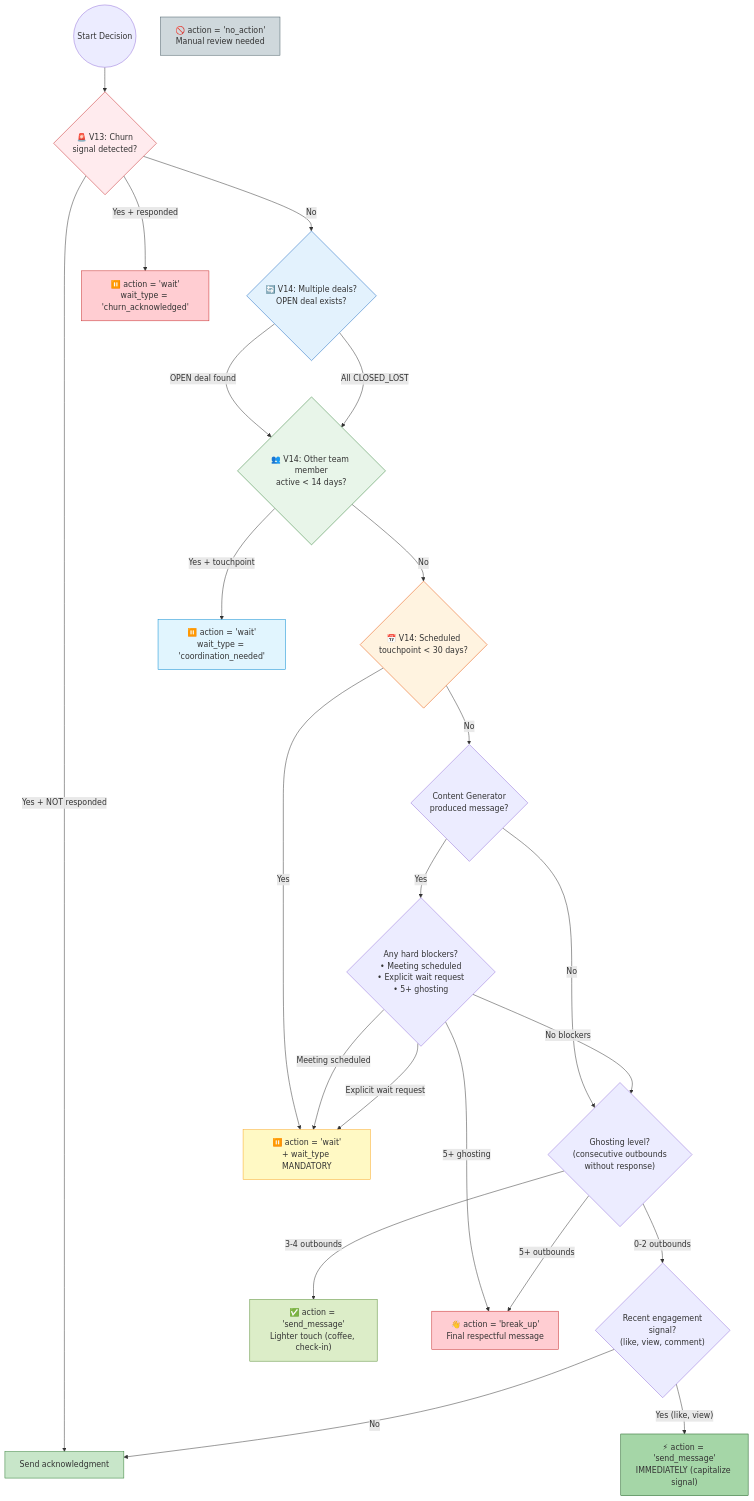
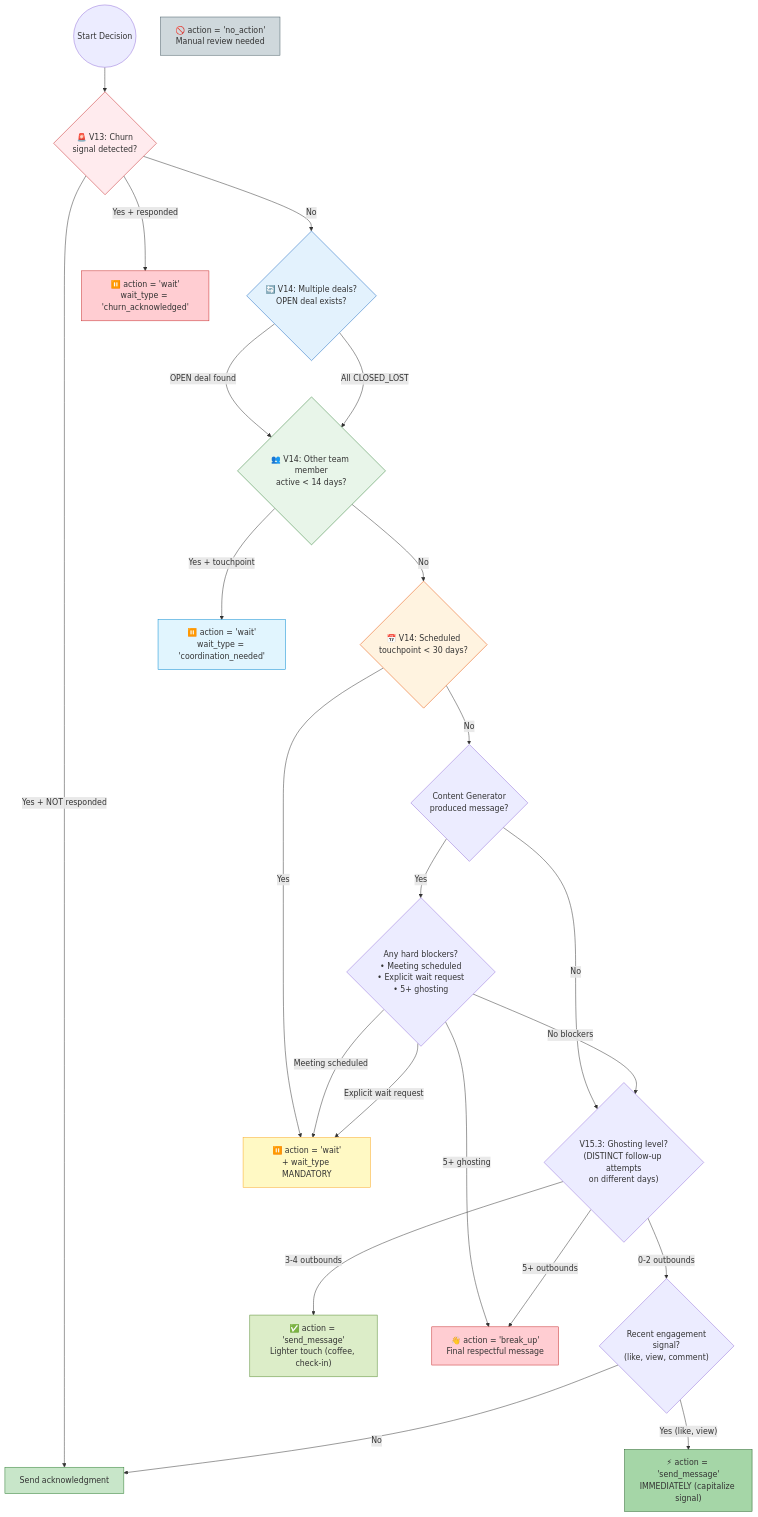
One commit to damianstetsonair/sales-n8n-ia changed diagram 15 of 17 in WORKFLOW-DIAGRAM.md. Above: the diagram before and after it, drawn with Mermaid. The commit also changed other lines of this file and 1 other file, not shown here.

Commit message:
Update README and workflow diagrams for V15.5

````diff
--- a/WORKFLOW-DIAGRAM.md
+++ b/WORKFLOW-DIAGRAM.md
@@ -1064,74 +1066,74 @@
 ```mermaid
 flowchart TB
     START((Start Decision))
 
-    %% V13/V14 Pre-checks
+    %% V13/V14/V15 Pre-checks
     CHECK_CHURN{"🚨 V13: Churn<br/>signal detected?"}
     CHECK_MULTIDEAL{"🔄 V14: Multiple deals?<br/>OPEN deal exists?"}
     CHECK_MULTIOWNER{"👥 V14: Other team member<br/>active < 14 days?"}
     CHECK_TOUCHPOINT{"📅 V14: Scheduled<br/>touchpoint < 30 days?"}
 
     %% Original gates
     CHECK_CONTENT{"Content Generator<br/>produced message?"}
     CHECK_BLOCKERS{"Any hard blockers?<br/>• Meeting scheduled<br/>• Explicit wait request<br/>• 5+ ghosting"}
-    CHECK_GHOST{"Ghosting level?<br/>(consecutive outbounds<br/>without response)"}
+    CHECK_GHOST{"V15.3: Ghosting level?<br/>(DISTINCT follow-up attempts<br/>on different days)"}
     CHECK_ENGAGE{"Recent engagement<br/>signal?<br/>(like, view, comment)"}
 
     %% Actions
     SEND["✅ action = 'send_message'<br/>Use Content Generator message exactly"]
     SEND_LIGHT["✅ action = 'send_message'<br/>Lighter touch (coffee, check-in)"]
     SEND_NOW["⚡ action = 'send_message'<br/>IMMEDIATELY (capitalize signal)"]
     WAIT["⏸️ action = 'wait'<br/>+ wait_type MANDATORY"]
     WAIT_CHURN["⏸️ action = 'wait'<br/>wait_type = 'churn_acknowledged'"]
     WAIT_COORD["⏸️ action = 'wait'<br/>wait_type = 'coordination_needed'"]
     BREAKUP["👋 action = 'break_up'<br/>Final respectful message"]
     NOACTION["🚫 action = 'no_action'<br/>Manual review needed"]
 
     START --> CHECK_CHURN
 
     %% V13 Churn check
     CHECK_CHURN -->|"Yes + responded"| WAIT_CHURN
     CHECK_CHURN -->|"Yes + NOT responded"| SEND["Send acknowledgment"]
     CHECK_CHURN -->|"No"| CHECK_MULTIDEAL
 
     %% V14 Multi-deal check
     CHECK_MULTIDEAL -->|"OPEN deal found"| CHECK_MULTIOWNER
     CHECK_MULTIDEAL -->|"All CLOSED_LOST"| CHECK_MULTIOWNER
 
     %% V14 Multi-owner check
     CHECK_MULTIOWNER -->|"Yes + touchpoint"| WAIT_COORD
     CHECK_MULTIOWNER -->|"No"| CHECK_TOUCHPOINT
 
     %% V14 Scheduled touchpoint check
     CHECK_TOUCHPOINT -->|"Yes"| WAIT
     CHECK_TOUCHPOINT -->|"No"| CHECK_CONTENT
 
     CHECK_CONTENT -->|"No"| CHECK_GHOST
     CHECK_CONTENT -->|"Yes"| CHECK_BLOCKERS
 
     CHECK_BLOCKERS -->|"Meeting scheduled"| WAIT
     CHECK_BLOCKERS -->|"Explicit wait request"| WAIT
     CHECK_BLOCKERS -->|"5+ ghosting"| BREAKUP
     CHECK_BLOCKERS -->|"No blockers"| CHECK_GHOST
 
     CHECK_GHOST -->|"0-2 outbounds"| CHECK_ENGAGE
     CHECK_GHOST -->|"3-4 outbounds"| SEND_LIGHT
     CHECK_GHOST -->|"5+ outbounds"| BREAKUP
 
     CHECK_ENGAGE -->|"Yes (like, view)"| SEND_NOW
     CHECK_ENGAGE -->|"No"| SEND
 
     %% Styling
     style CHECK_CHURN fill:#ffebee,stroke:#c62828
     style CHECK_MULTIDEAL fill:#e3f2fd,stroke:#1565c0
     style CHECK_MULTIOWNER fill:#e8f5e9,stroke:#2e7d32
     style CHECK_TOUCHPOINT fill:#fff3e0,stroke:#e65100
     style SEND fill:#c8e6c9,stroke:#2e7d32
     style SEND_LIGHT fill:#dcedc8,stroke:#558b2f
     style SEND_NOW fill:#a5d6a7,stroke:#1b5e20
     style WAIT fill:#fff9c4,stroke:#f9a825
     style WAIT_CHURN fill:#ffcdd2,stroke:#c62828
     style WAIT_COORD fill:#e1f5fe,stroke:#0288d1
     style BREAKUP fill:#ffcdd2,stroke:#c62828
     style NOACTION fill:#cfd8dc,stroke:#455a64
 ```
````
